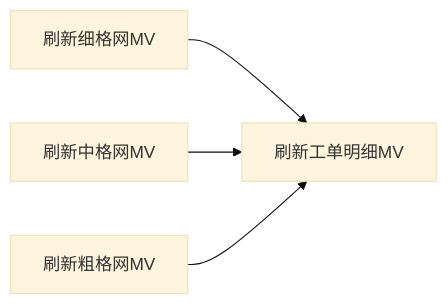
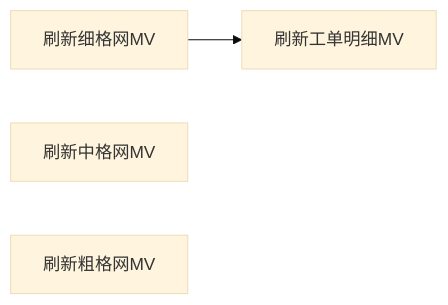
Before and after one commit to zheyi420/Dev-Wiki: the fourth of 6 diagrams in Blog/mvt-webgl_heatmap-ccl/百万级点数据：MVT + WebGL 热力渲染与 FBO 连通域热区工单统计.md, drawn with Mermaid (base theme). The commit also changed other lines of this file and 2 other files, not shown here.

````diff
--- a/Blog/mvt-webgl_heatmap-ccl/百万级点数据：MVT + WebGL 热力渲染与 FBO 连通域热区工单统计.md
+++ b/Blog/mvt-webgl_heatmap-ccl/百万级点数据：MVT + WebGL 热力渲染与 FBO 连通域热区工单统计.md
@@ -158,10 +156,8 @@
 ```mermaid
 flowchart LR
   refreshGrid5[刷新细格网MV]
   refreshGrid100[刷新中格网MV]
   refreshGrid300[刷新粗格网MV]
   refreshOrder[刷新工单明细MV]
   refreshGrid5 --> refreshOrder
-  refreshGrid100 --> refreshOrder
-  refreshGrid300 --> refreshOrder
 ```
````
